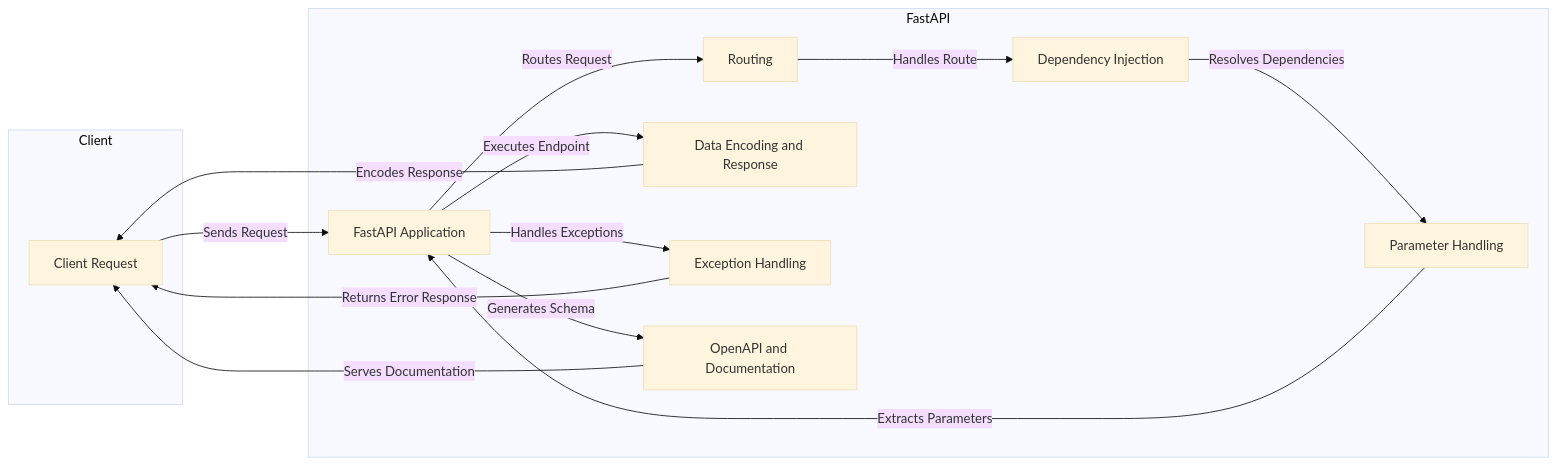
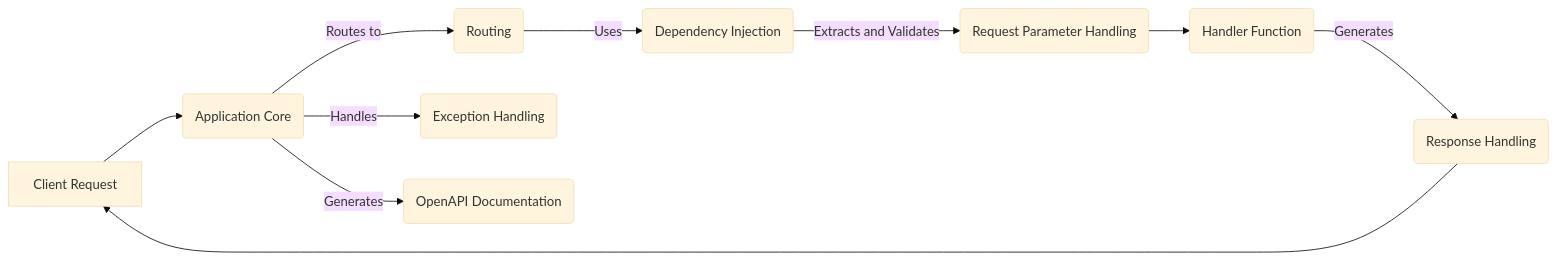
One commit to CodeBoarding/GeneratedOnBoardings changed the diagram in fastapi/on_boarding.md. Above: the diagram before and after it, drawn with Mermaid (base theme). The commit also changed other lines of this file and 7 other files, not shown here.

````diff
--- a/fastapi/on_boarding.md
+++ b/fastapi/on_boarding.md
@@ -9,28 +5,12 @@
 ```mermaid
 graph LR
-    subgraph Client
-        ClientRequest[Client Request]
-    end
-
-    subgraph FastAPI
-        FastAPIApp[FastAPI Application]
-        Routing[Routing]
-        DependencyInjection[Dependency Injection]
-        ParameterHandling[Parameter Handling]
-        DataEncoding[Data Encoding and Response]
-        ExceptionHandler[Exception Handling]
-        OpenAPIDocs[OpenAPI and Documentation]
-    end
-
-    ClientRequest--Sends Request-->FastAPIApp
-    FastAPIApp--Routes Request-->Routing
-    Routing--Handles Route-->DependencyInjection
-    DependencyInjection--Resolves Dependencies-->ParameterHandling
-    ParameterHandling--Extracts Parameters-->FastAPIApp
-    FastAPIApp--Executes Endpoint-->DataEncoding
-    DataEncoding--Encodes Response-->ClientRequest
-    FastAPIApp--Handles Exceptions-->ExceptionHandler
-    ExceptionHandler--Returns Error Response-->ClientRequest
-    FastAPIApp--Generates Schema-->OpenAPIDocs
-    OpenAPIDocs--Serves Documentation-->ClientRequest
+    A[Client Request] --> B(Application Core)
+    B -- Routes to --> C(Routing)
+    C -- Uses --> D(Dependency Injection)
+    D -- Extracts and Validates --> E(Request Parameter Handling)
+    E --> F(Handler Function)
+    F -- Generates --> G(Response Handling)
+    G --> A
+    B -- Handles --> H(Exception Handling)
+    B -- Generates --> I(OpenAPI Documentation)
 ```
````
